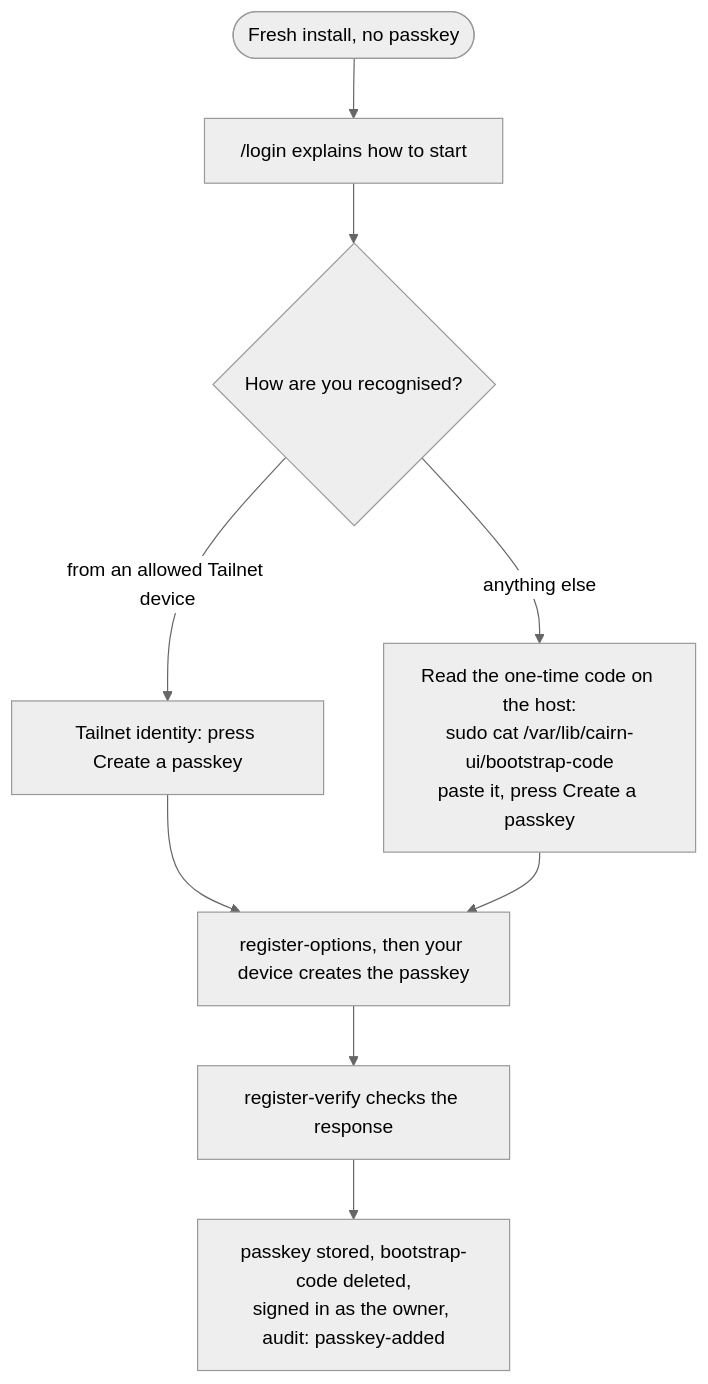
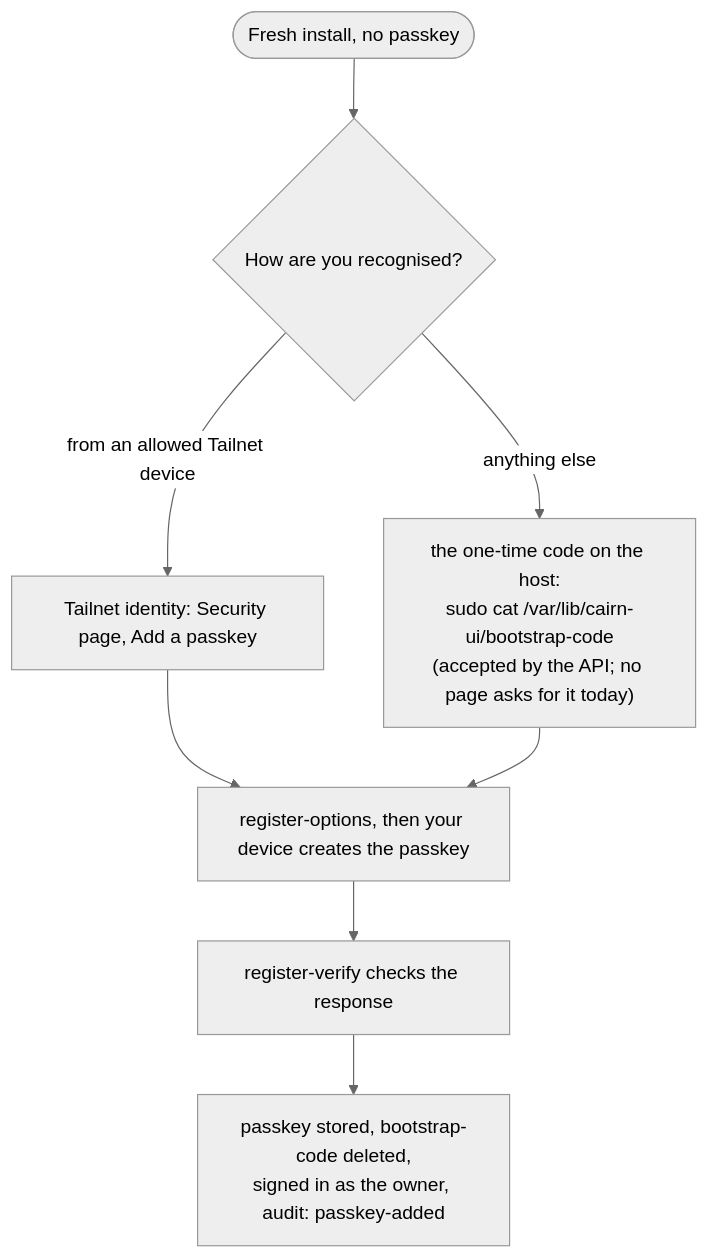
The fifth of 7 diagrams in README.md (ParkWardRR/cairn-vehicle-web-dashboard), drawn with Mermaid (neutral theme) before and after one commit. The commit also changed other lines of this file and 2 other files, not shown here.

First line of the commit message:
docs: trips not boots, trusted fixes, one clock across boots, and passphrase sign-in

````diff
--- a/README.md
+++ b/README.md
@@ -303,11 +344,10 @@
 ```mermaid
 flowchart TD
-    S([Fresh install, no passkey]) --> L["/login explains how to start"]
-    L --> Q{"How are you recognised?"}
-    Q -->|"from an allowed Tailnet device"| T["Tailnet identity: press Create a passkey"]
-    Q -->|"anything else"| K["Read the one-time code on the host:<br/>sudo cat /var/lib/cairn-ui/bootstrap-code<br/>paste it, press Create a passkey"]
+    S([Fresh install, no passkey]) --> Q{"How are you recognised?"}
+    Q -->|"from an allowed Tailnet device"| T["Tailnet identity: Security page, Add a passkey"]
+    Q -->|"anything else"| K["the one-time code on the host:<br/>sudo cat /var/lib/cairn-ui/bootstrap-code<br/>(accepted by the API; no page asks for it today)"]
     T --> R["register-options, then your device creates the passkey"]
     K --> R
     R --> V["register-verify checks the response"]
     V --> D["passkey stored, bootstrap-code deleted,<br/>signed in as the owner, audit: passkey-added"]
 ```
````
